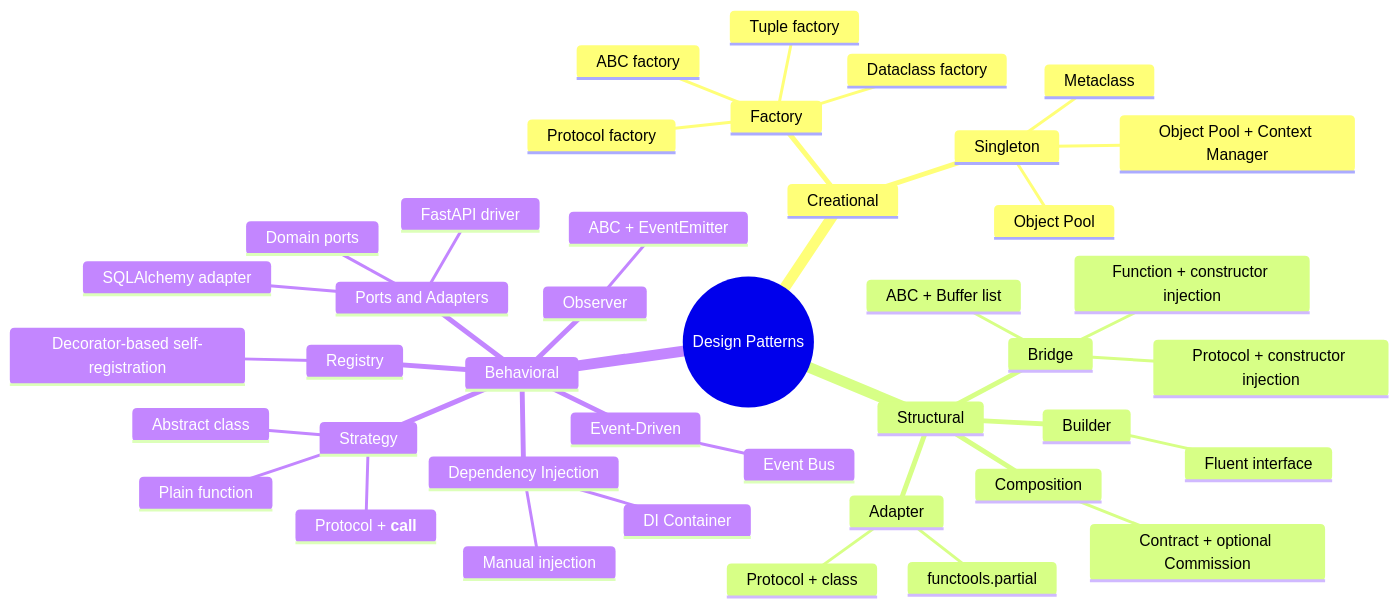
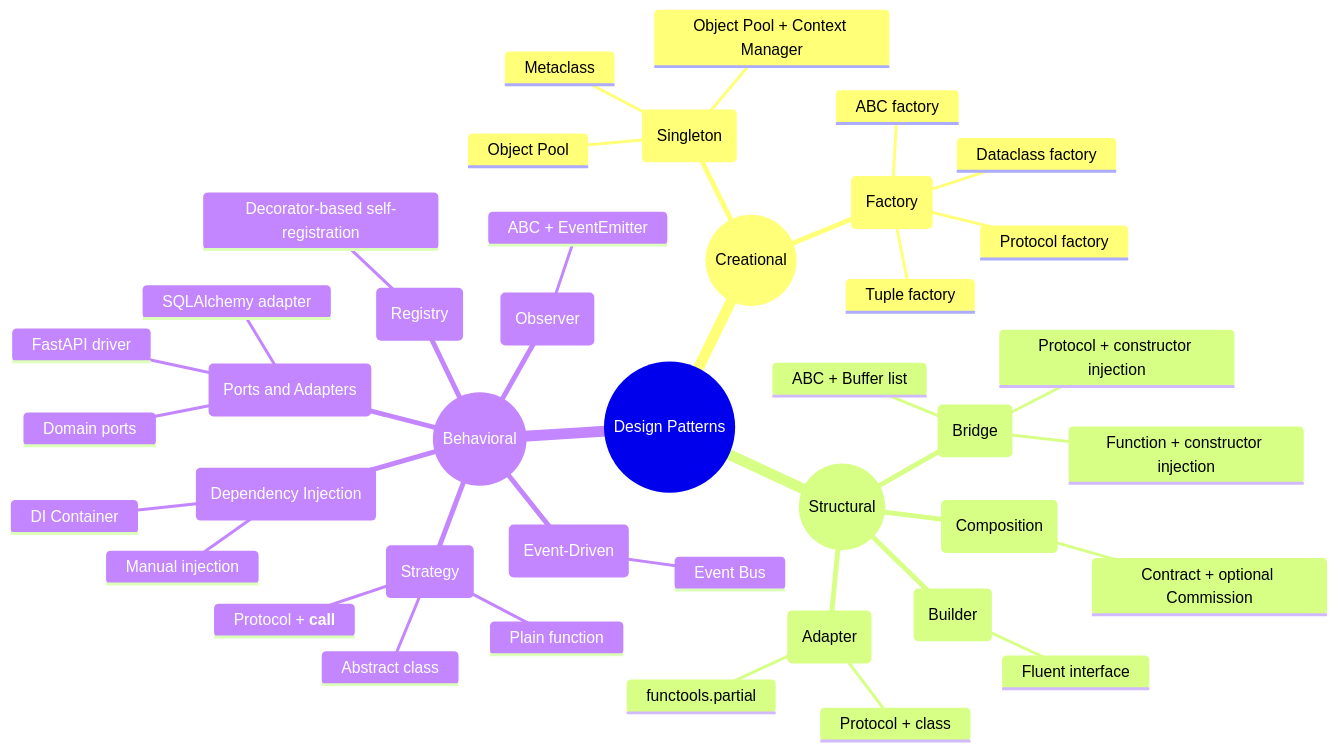
One commit to ka-us-tubh/design-pattern changed the diagram in README.md. Above: the diagram before and after it, drawn with Mermaid.

Commit message:
docs(README): enhance mindmap formatting with parentheses styling
- Wrap category headers (Creational, Structural, Behavioral) in double parentheses for emphasis
- Wrap pattern names in single parentheses for visual consistency
- Apply formatting to all nested pattern nodes for improved readability
- Maintain existing mindmap structure and content hierarchy

````diff
--- a/README.md
+++ b/README.md
@@ -89,44 +89,44 @@
 ```mermaid
 mindmap
   root((Design Patterns))
-    Creational
-      Factory
+    ((Creational))
+      (Factory)
         ABC factory
         Protocol factory
         Dataclass factory
         Tuple factory
-      Singleton
+      (Singleton)
         Metaclass
         Object Pool
         Object Pool + Context Manager
-    Structural
-      Adapter
+    ((Structural))
+      (Adapter)
         Protocol + class
         functools.partial
-      Bridge
+      (Bridge)
         ABC + Buffer list
         Protocol + constructor injection
         Function + constructor injection
-      Builder
+      (Builder)
         Fluent interface
-      Composition
+      (Composition)
         Contract + optional Commission
-    Behavioral
-      Strategy
+    ((Behavioral))
+      (Strategy)
         Abstract class
         Protocol + __call__
         Plain function
-      Observer
+      (Observer)
         ABC + EventEmitter
-      Ports and Adapters
+      (Ports and Adapters)
         Domain ports
         SQLAlchemy adapter
         FastAPI driver
-      Dependency Injection
+      (Dependency Injection)
         Manual injection
         DI Container
-      Registry
+      (Registry)
         Decorator-based self-registration
-      Event-Driven
-        Event Bus
+      (Event-Driven)
+       Event Bus
 ```
````
